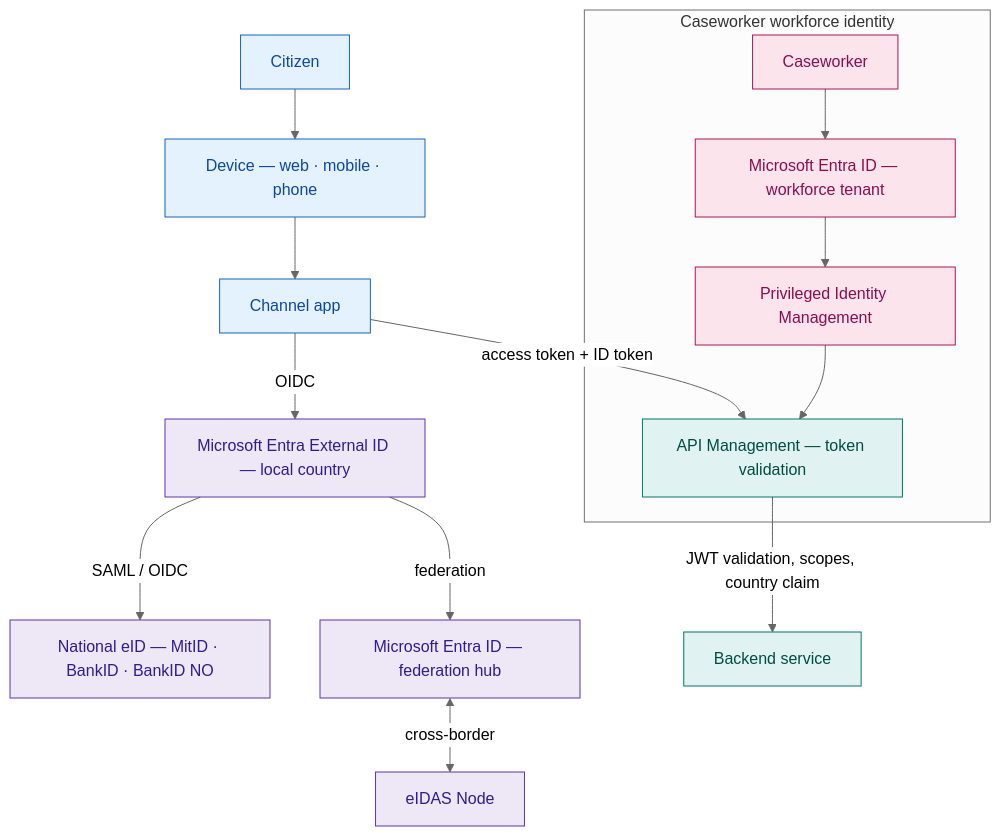
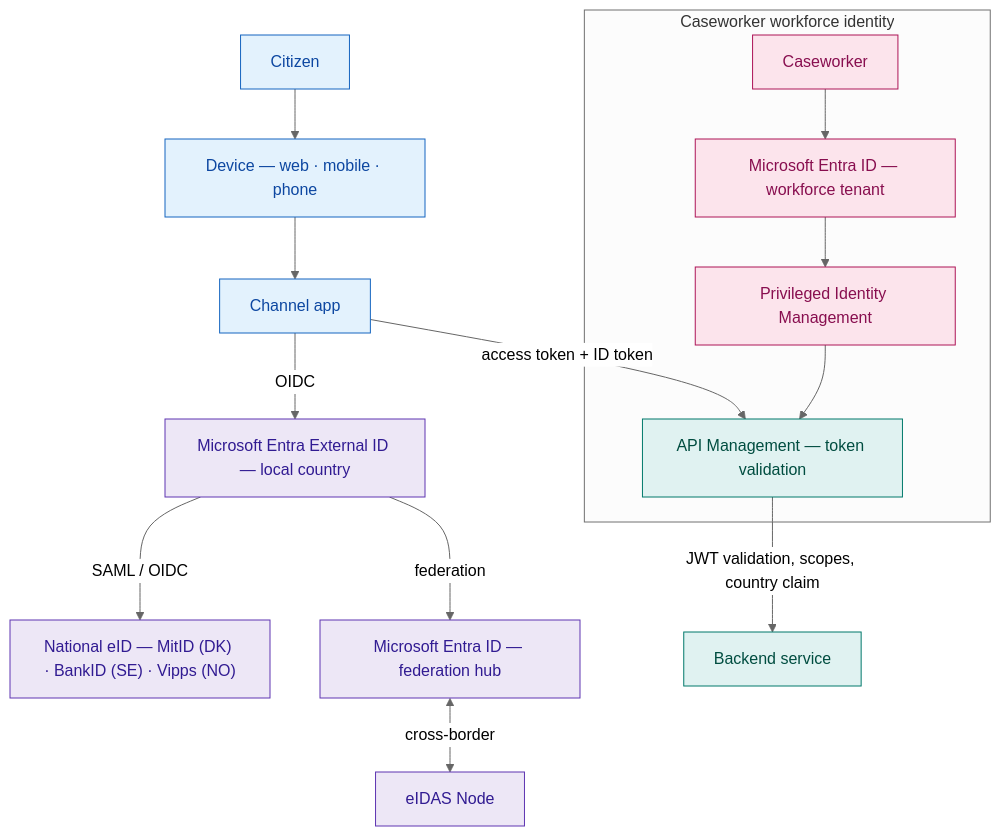
Before and after one commit to fredgis/UDCSP: the fourth of 13 diagrams in docs/tech/architecture.md, drawn with Mermaid (neutral theme). The commit also changed other lines of this file and 46 other files, not shown here.

````diff
--- a/docs/tech/architecture.md
+++ b/docs/tech/architecture.md
@@ -374,40 +374,40 @@
 ```mermaid
 graph TB
     CITIZEN["Citizen"]
     DEVICE["Device — web · mobile · phone"]
     CHANNEL["Channel app"]
     EXTID_LOCAL["Microsoft Entra External ID — local country"]
-    EID_LOCAL["National eID — MitID · BankID · BankID NO"]
+    EID_LOCAL["National eID — MitID (DK) · BankID (SE) · Vipps (NO)"]
     ENTRA_HUB["Microsoft Entra ID — federation hub"]
     EIDAS["eIDAS Node"]
     APIM["API Management — token validation"]
     APP["Backend service"]
 
     CITIZEN --> DEVICE
     DEVICE --> CHANNEL
     CHANNEL -->|OIDC| EXTID_LOCAL
     EXTID_LOCAL -->|SAML / OIDC| EID_LOCAL
     EXTID_LOCAL -->|federation| ENTRA_HUB
     ENTRA_HUB <-->|cross-border| EIDAS
     CHANNEL -->|access token + ID token| APIM
     APIM -->|JWT validation, scopes, country claim| APP
 
     subgraph WORKFORCE["Caseworker workforce identity"]
         WUSER["Caseworker"]
         ENTRA_WF["Microsoft Entra ID — workforce tenant"]
         PIM["Privileged Identity Management"]
         WUSER --> ENTRA_WF
         ENTRA_WF --> PIM
         PIM --> APIM
     end
 
     classDef cit fill:#E3F2FD,stroke:#1565C0,color:#0D47A1
     classDef ident fill:#EDE7F6,stroke:#5E35B1,color:#311B92
     classDef gw fill:#E0F2F1,stroke:#00796B,color:#004D40
     classDef wf fill:#FCE4EC,stroke:#AD1457,color:#880E4F
 
     class CITIZEN,DEVICE,CHANNEL cit
     class EXTID_LOCAL,EID_LOCAL,ENTRA_HUB,EIDAS ident
     class APIM,APP gw
     class WUSER,ENTRA_WF,PIM wf
 ```
````
